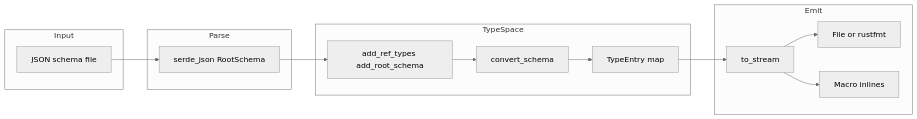
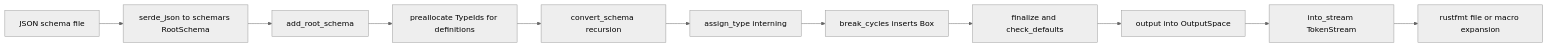
One commit to goddtriffin/json-schema-rs changed the first of 2 diagrams in research/reports/rust/oxidecomputer-typify.md. Above: the diagram before and after it, drawn with Mermaid (neutral theme). The commit also changed other lines of this file and 51 other files, not shown here.

````diff
--- a/research/reports/rust/oxidecomputer-typify.md
+++ b/research/reports/rust/oxidecomputer-typify.md
@@ -99,26 +107,13 @@
 ```mermaid
 flowchart LR
-  subgraph input [Input]
-    JSON[JSON schema file]
-  end
-  subgraph parse [Parse]
-    Serde[serde_json RootSchema]
-  end
-  subgraph typeSpace [TypeSpace]
-    AddRefs[add_ref_types add_root_schema]
-    Convert[convert_schema]
-    Entries[TypeEntry map]
-  end
-  subgraph emit [Emit]
-    ToStream[to_stream]
-    File[File or rustfmt]
-    Macro[Macro inlines]
-  end
-  JSON --> Serde
-  Serde --> AddRefs
-  AddRefs --> Convert
-  Convert --> Entries
-  Entries --> ToStream
-  ToStream --> File
-  ToStream --> Macro
+  JSON[JSON schema file] --> Serde[serde_json to schemars RootSchema]
+  Serde --> AddRoot[add_root_schema]
+  AddRoot --> Prealloc[preallocate TypeIds for definitions]
+  Prealloc --> Convert[convert_schema recursion]
+  Convert --> Assign[assign_type interning]
+  Assign --> Cycles[break_cycles inserts Box]
+  Cycles --> Finalize[finalize and check_defaults]
+  Finalize --> Output[output into OutputSpace]
+  Output --> Stream[into_stream TokenStream]
+  Stream --> Sink[rustfmt file or macro expansion]
 ```
````
